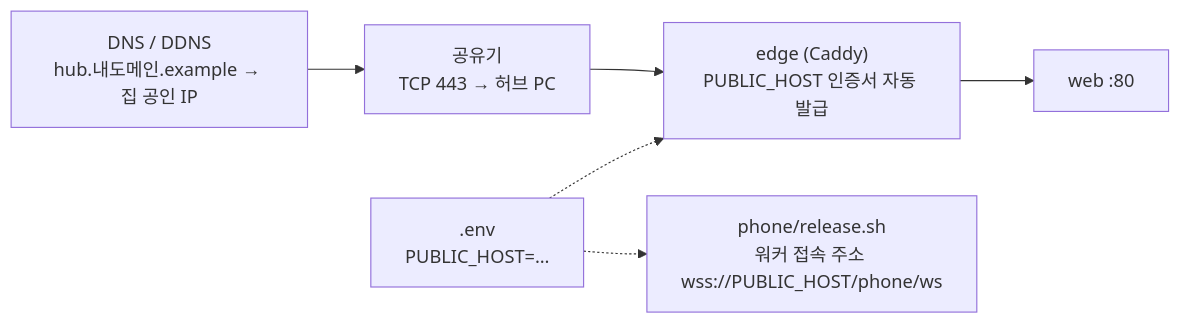
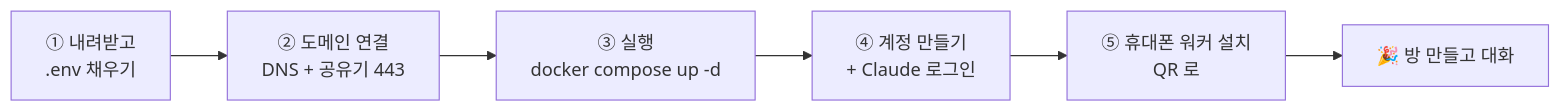
The sixth of 7 diagrams in README.ko.md (bluelikeness/roundtable-agent), drawn with Mermaid before and after one commit. The commit also changed other lines of this file and 56 other files, not shown here.

````diff
--- a/README.ko.md
+++ b/README.ko.md
@@ -122,7 +226,8 @@
 ```mermaid
 flowchart LR
-  D["DNS / DDNS<br/>hub.내도메인.example → 집 공인 IP"] --> RT["공유기<br/>TCP 443 → 허브 PC"]
-  RT --> C["edge (Caddy)<br/>PUBLIC_HOST 인증서 자동 발급"] --> WEB["web :80"]
-  ENV[".env<br/>PUBLIC_HOST=…"] -.-> C
-  ENV -.-> REL["phone/release.sh<br/>워커 접속 주소 wss://PUBLIC_HOST/phone/ws"]
+  A["① 내려받고<br/>.env 채우기"] --> B["② 도메인 연결<br/>DNS + 공유기 443"]
+  B --> C["③ 실행<br/>docker compose up -d"]
+  C --> D["④ 계정 만들기<br/>+ Claude 로그인"]
+  D --> E["⑤ 휴대폰 워커 설치<br/>QR 로"]
+  E --> F["🎉 방 만들고 대화"]
 ```
````
